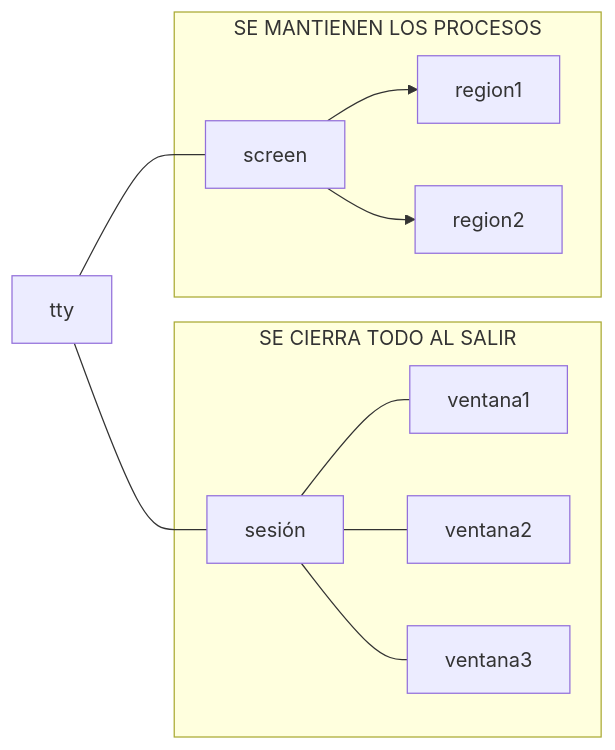
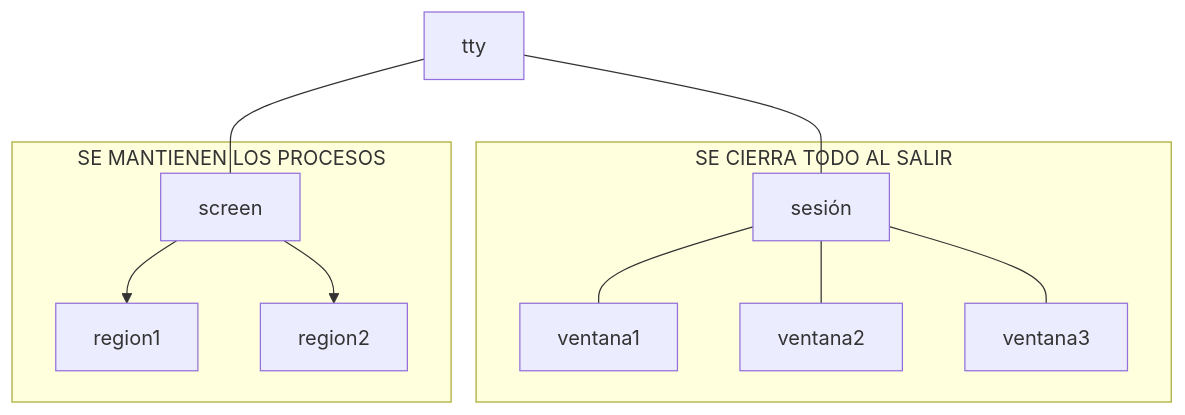
The diagram in iso/sesiones.md (robertorodriguez98/apuntesClase), drawn with Mermaid before and after one commit. The commit also changed other lines of this file and 7 other files, not shown here.

````diff
--- a/iso/sesiones.md
+++ b/iso/sesiones.md
@@ -20,14 +21,14 @@
 ```mermaid
-  graph LR;
+  graph TD;
       tty---sesión;
       subgraph SE CIERRA TODO AL SALIR
           sesión---ventana1;
           sesión---ventana2;
           sesión---ventana3;
       end
       tty---screen;
       subgraph SE MANTIENEN LOS PROCESOS
           screen-->region1;
           screen-->region2;
       end
 ```
````
